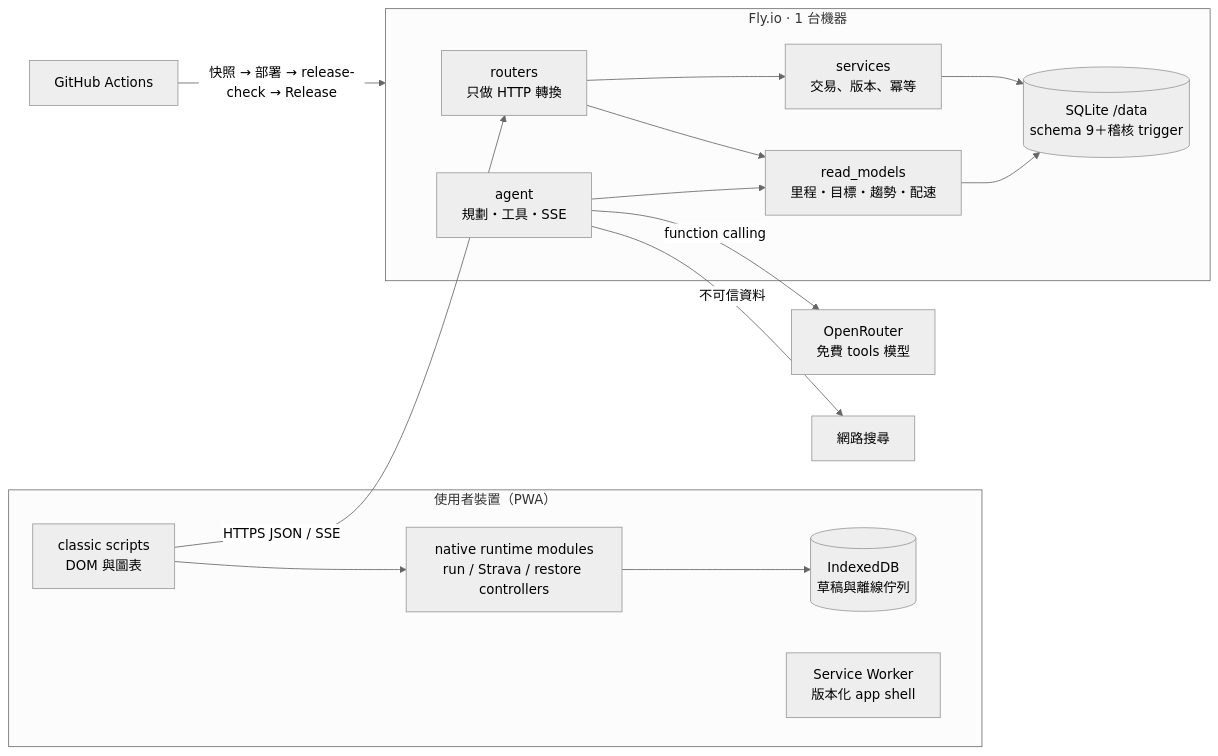
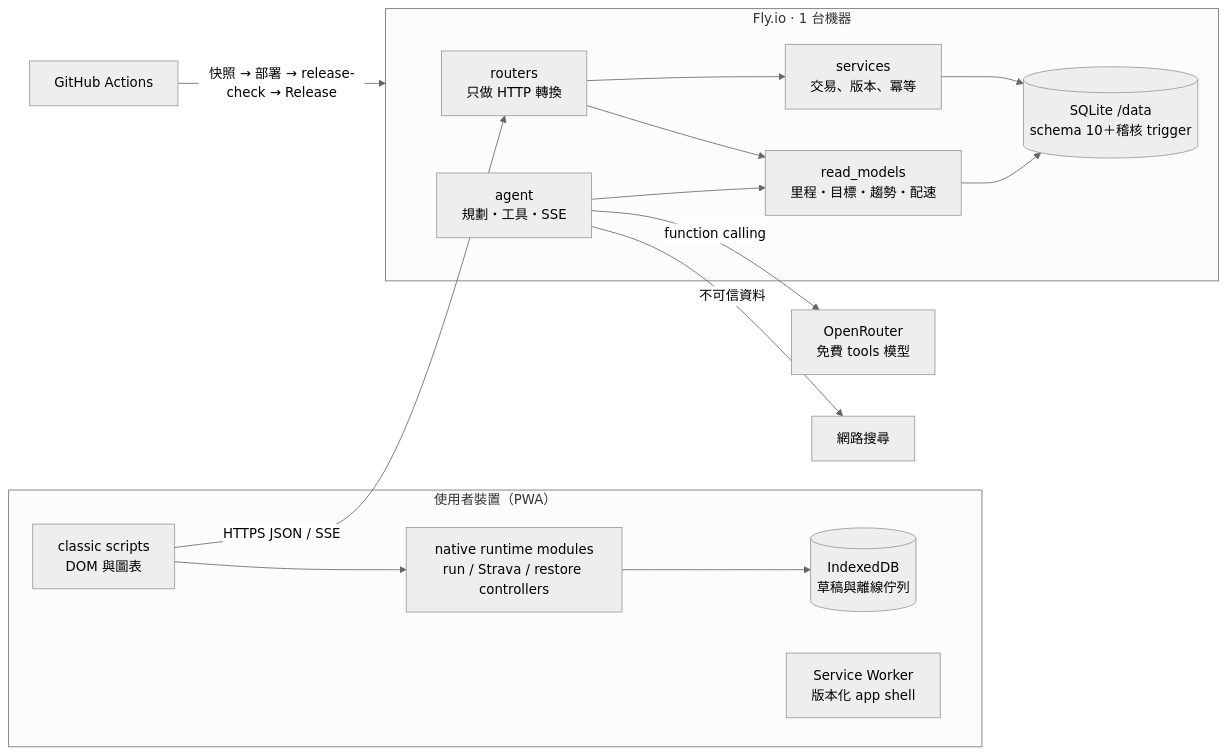
One commit to Teng91/running-shoes changed the diagram in README.md. Above: the diagram before and after it, drawn with Mermaid (neutral theme). The commit also changed other lines of this file and 42 other files, not shown here.

First line of the commit message:
feat: race preparation replaces descriptive pace charts (SPEC-065, v4.18.0)

````diff
--- a/README.md
+++ b/README.md
@@ -94,19 +94,19 @@
 ```mermaid
 flowchart LR
   subgraph Device["使用者裝置（PWA）"]
     UI["classic scripts<br/>DOM 與圖表"] --> RT["native runtime modules<br/>run / Strava / restore controllers"]
     RT --> IDB[("IndexedDB<br/>草稿與離線佇列")]
     SW["Service Worker<br/>版本化 app shell"]
   end
   subgraph Fly["Fly.io · 1 台機器"]
     R["routers<br/>只做 HTTP 轉換"] --> S["services<br/>交易、版本、冪等"]
     R --> RM["read_models<br/>里程・目標・趨勢・配速"]
-    S --> DB[("SQLite /data<br/>schema 9＋稽核 trigger")]
+    S --> DB[("SQLite /data<br/>schema 10＋稽核 trigger")]
     RM --> DB
     A["agent<br/>規劃・工具・SSE"] --> RM
   end
   UI -- "HTTPS JSON / SSE" --> R
   A -- "function calling" --> OR["OpenRouter<br/>免費 tools 模型"]
   A -- "不可信資料" --> WS["網路搜尋"]
   GH["GitHub Actions"] -- "快照 → 部署 → release-check → Release" --> Fly
 ```
````
